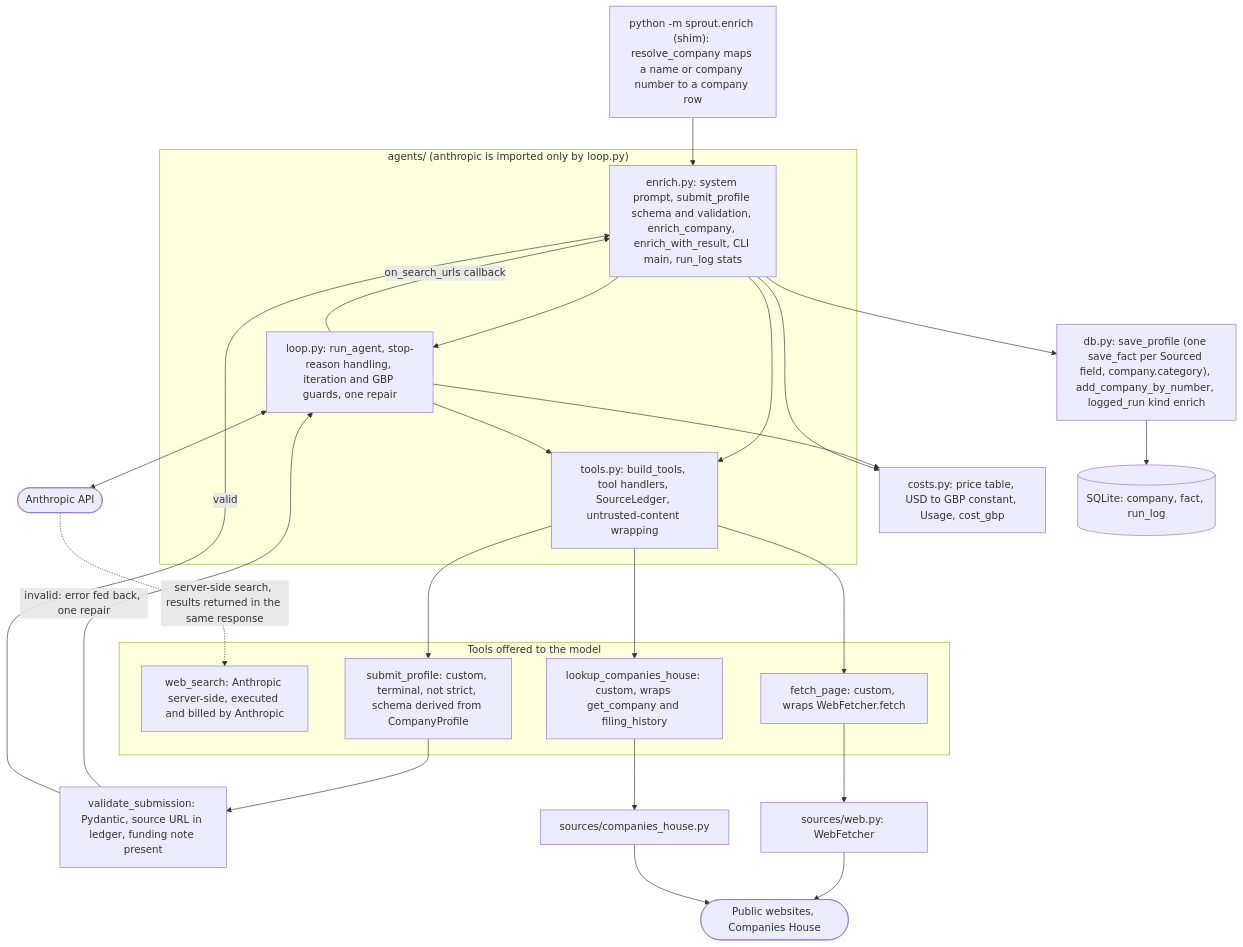
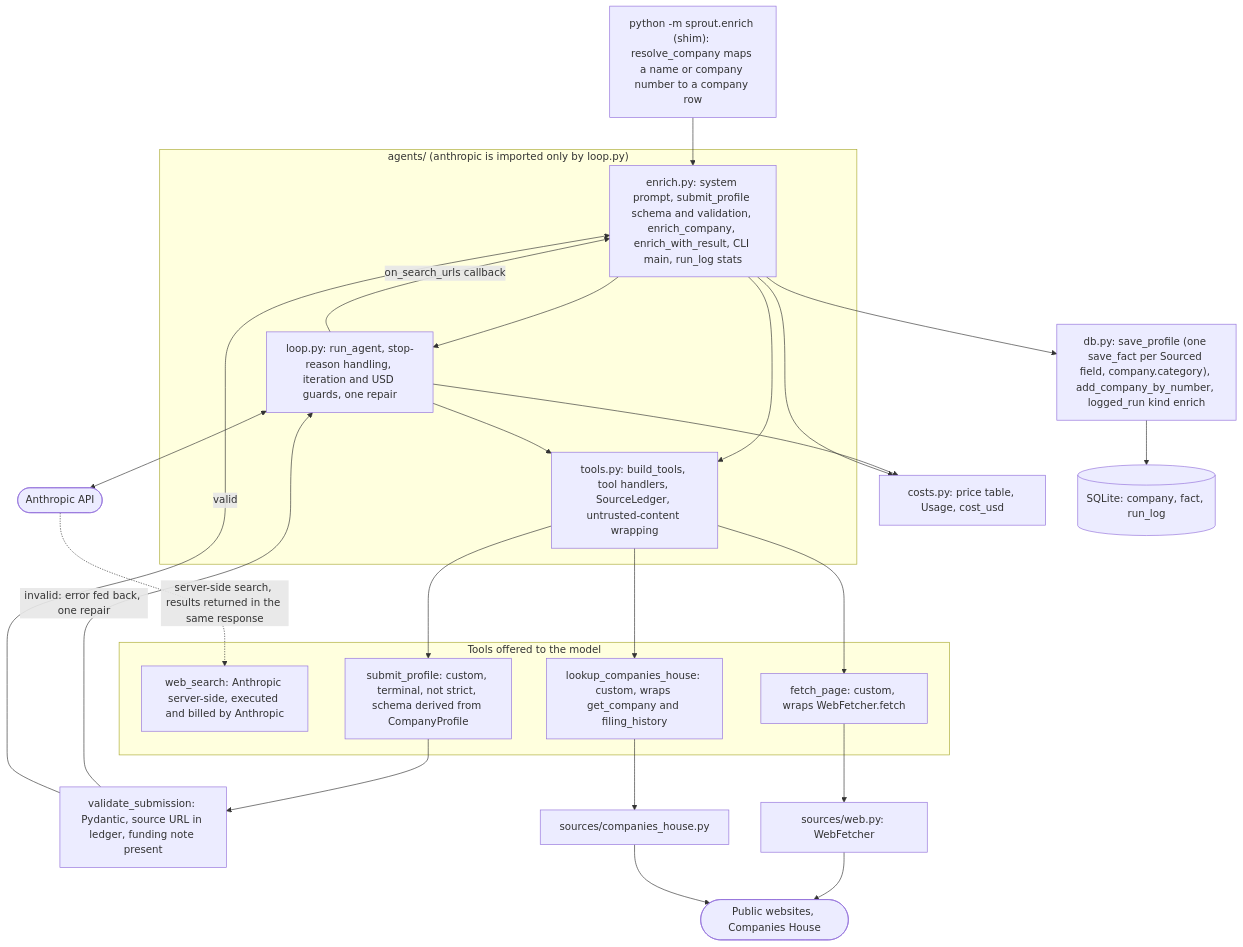
One commit to Farzaanee/sprout changed the third of 12 diagrams in docs/architecture.md. Above: the diagram before and after it, drawn with Mermaid. The commit also changed other lines of this file and 13 other files, not shown here.

````diff
--- a/docs/architecture.md
+++ b/docs/architecture.md
@@ -86,44 +86,44 @@
 ```mermaid
 flowchart TB
     CLI["python -m sprout.enrich (shim): resolve_company maps a name or company number to a company row"]
     subgraph AGENT["agents/ (anthropic is imported only by loop.py)"]
         ENR["enrich.py: system prompt, submit_profile schema and validation, enrich_company, enrich_with_result, CLI main, run_log stats"]
-        LOOP["loop.py: run_agent, stop-reason handling, iteration and GBP guards, one repair"]
+        LOOP["loop.py: run_agent, stop-reason handling, iteration and USD guards, one repair"]
         TOOLS["tools.py: build_tools, tool handlers, SourceLedger, untrusted-content wrapping"]
     end
     subgraph TOOLSET["Tools offered to the model"]
         T1["web_search: Anthropic server-side, executed and billed by Anthropic"]
         T2["fetch_page: custom, wraps WebFetcher.fetch"]
         T3["lookup_companies_house: custom, wraps get_company and filing_history"]
         T4["submit_profile: custom, terminal, not strict, schema derived from CompanyProfile"]
     end
     LLM(["Anthropic API"])
-    COST["costs.py: price table, USD to GBP constant, Usage, cost_gbp"]
+    COST["costs.py: price table, Usage, cost_usd"]
     CHECK["validate_submission: Pydantic, source URL in ledger, funding note present"]
     DBW["db.py: save_profile (one save_fact per Sourced field, company.category), add_company_by_number, logged_run kind enrich"]
     SQL[("SQLite: company, fact, run_log")]
     WF["sources/web.py: WebFetcher"]
     CHC["sources/companies_house.py"]
     SRCX(["Public websites, Companies House"])
     CLI --> ENR
     ENR --> LOOP
     ENR --> TOOLS
     LOOP <--> LLM
     LOOP --> TOOLS
     TOOLS --> T2
     TOOLS --> T3
     TOOLS --> T4
     LLM -. "server-side search, results returned in the same response" .-> T1
     T2 --> WF
     T3 --> CHC
     WF --> SRCX
     CHC --> SRCX
     T4 --> CHECK
     CHECK -- "invalid: error fed back, one repair" --> LOOP
     CHECK -- "valid" --> ENR
     ENR --> DBW
     DBW --> SQL
     LOOP --> COST
     ENR --> COST
     LOOP -- "on_search_urls callback" --> ENR
 ```
````
